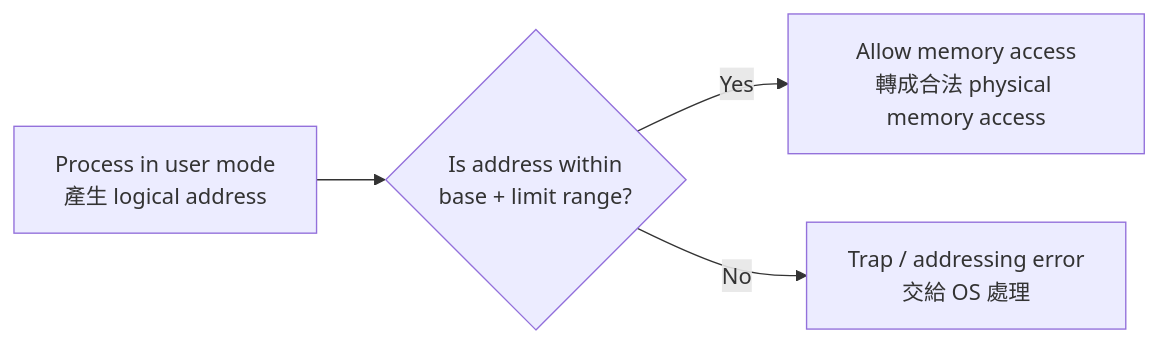
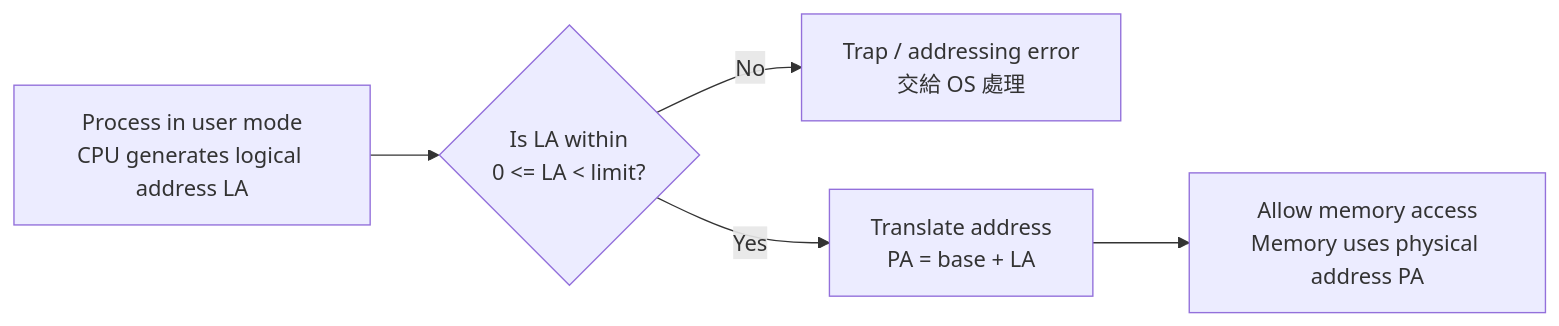
Before and after one commit to peicd100/university-notes: the diagram in docs/md/114-2/電機_作業系統/ch 8.md, drawn with Mermaid. The commit also changed other lines of this file and 9 other files, not shown here.

````diff
--- a/docs/md/114-2/電機_作業系統/ch 8.md
+++ b/docs/md/114-2/電機_作業系統/ch 8.md
@@ -54,6 +54,7 @@
 ```mermaid
 flowchart LR
-    A["Process in user mode<br>產生 logical address"] --> B{"Is address within<br>base + limit range?"}
-    B -- "Yes" --> C["Allow memory access<br>轉成合法 physical memory access"]
-    B -- "No" --> D["Trap / addressing error<br>交給 OS 處理"]
+    A["Process in user mode<br>CPU generates logical address LA"] --> B{"Is LA within<br>0 <= LA < limit?"}
+    B -- "No" --> E["Trap / addressing error<br>交給 OS 處理"]
+    B -- "Yes" --> C["Translate address<br>PA = base + LA"]
+    C --> D["Allow memory access<br>Memory uses physical address PA"]
 ```
````
